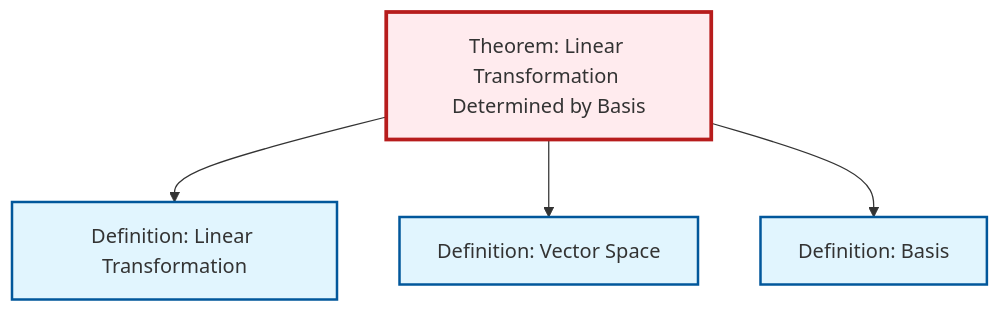
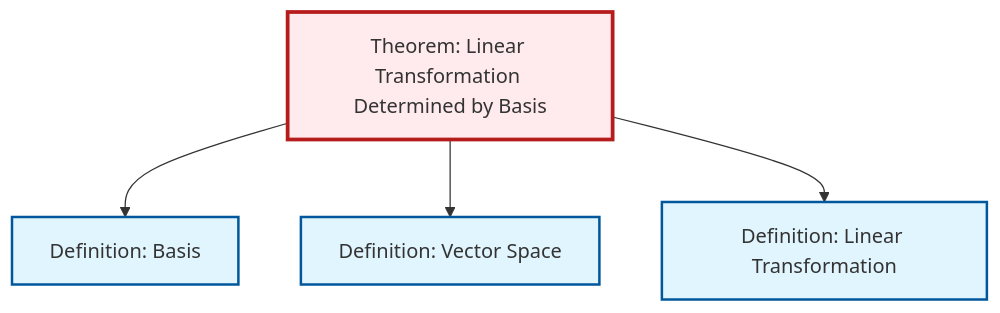
One commit to RK0429/ModernMath changed the diagram in content/en/algebra/thm-linear-transformation-basis.qmd. Above: the diagram before and after it, drawn with Mermaid. The commit also changed other lines of this file and 619 other files, not shown here.

````diff
--- a/content/en/algebra/thm-linear-transformation-basis.qmd
+++ b/content/en/algebra/thm-linear-transformation-basis.qmd
@@ -47,20 +47,20 @@
 ```{mermaid}
 %%| fig-cap: "Local dependency graph"
 graph TD
     classDef definition fill:#e1f5fe,stroke:#01579b,stroke-width:2px
     classDef theorem fill:#f3e5f5,stroke:#4a148c,stroke-width:2px
     classDef axiom fill:#fff3e0,stroke:#e65100,stroke-width:2px
     classDef example fill:#e8f5e9,stroke:#1b5e20,stroke-width:2px
     classDef current fill:#ffebee,stroke:#b71c1c,stroke-width:3px
+    def-basis["Definition: Basis"]:::definition
+    def-linear-transformation["Definition: Linear Transformation"]:::definition
     thm-linear-transformation-basis["Theorem: Linear Transformation Determined by Basis"]:::theorem
-    def-linear-transformation["Definition: Linear Transformation"]:::definition
-    def-basis["Definition: Basis"]:::definition
     def-vector-space["Definition: Vector Space"]:::definition
+    thm-linear-transformation-basis --> def-basis
+    thm-linear-transformation-basis --> def-vector-space
     thm-linear-transformation-basis --> def-linear-transformation
-    thm-linear-transformation-basis --> def-vector-space
-    thm-linear-transformation-basis --> def-basis
     class thm-linear-transformation-basis current
+    click def-basis "def-basis.html" "Go to Basis definition"
     click def-linear-transformation "def-linear-transformation.html" "Go to Linear Transformation definition"
-    click def-basis "def-basis.html" "Go to Basis definition"
     click def-vector-space "def-vector-space.html" "Go to Vector Space definition"
 ```
````
